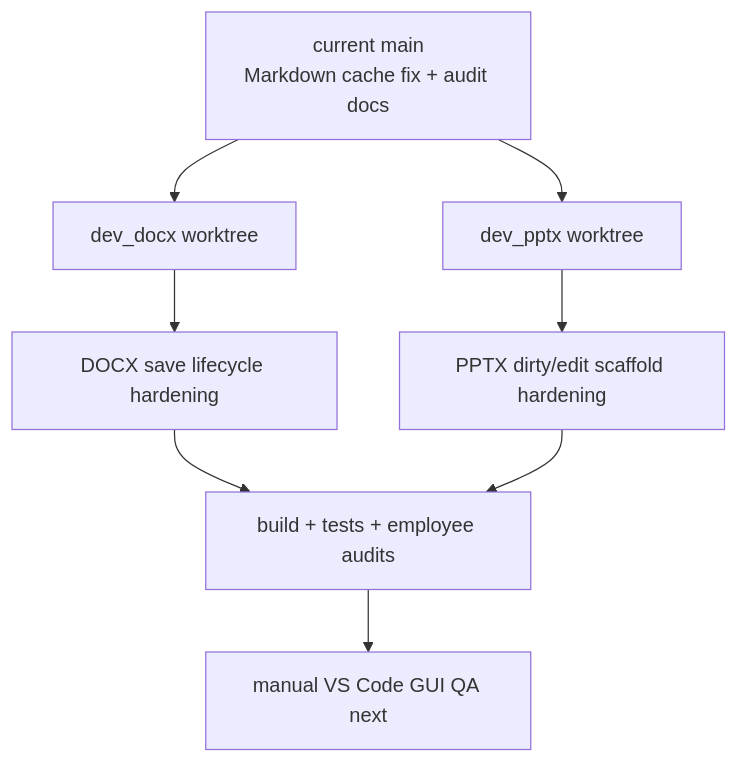
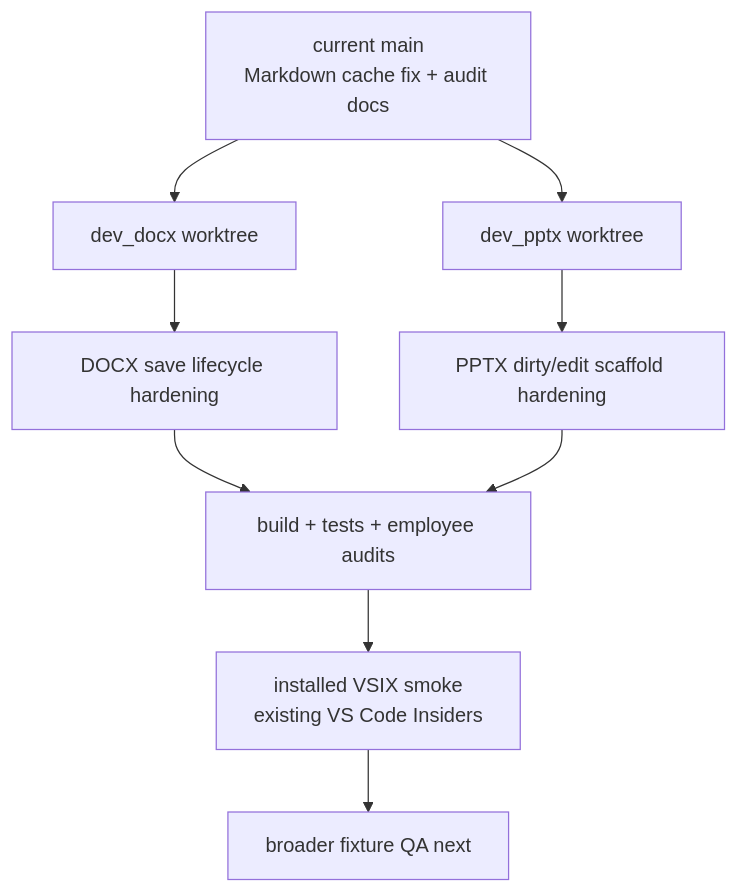
Before and after one commit to lidge-jun/code-office: the diagram in devlog/_plan/260607_docx_pptx_merge_readiness/00_overview.md, drawn with Mermaid. The commit also changed other lines of this file and 4 other files, not shown here.

Commit message:
docs(verification): record installed office smoke closure

````diff
--- a/devlog/_plan/260607_docx_pptx_merge_readiness/00_overview.md
+++ b/devlog/_plan/260607_docx_pptx_merge_readiness/00_overview.md
@@ -48,18 +51,20 @@
 ```mermaid
 flowchart TD
     MAIN[current main<br/>Markdown cache fix + audit docs]
     DOCX[dev_docx worktree]
     PPTX[dev_pptx worktree]
     DOCXFIX[DOCX save lifecycle hardening]
     PPTXFIX[PPTX dirty/edit scaffold hardening]
     VERIFY[build + tests + employee audits]
-    QA[manual VS Code GUI QA next]
+    SMOKE[installed VSIX smoke<br/>existing VS Code Insiders]
+    QA[broader fixture QA next]
 
     MAIN --> DOCX
     MAIN --> PPTX
     DOCX --> DOCXFIX
     PPTX --> PPTXFIX
     DOCXFIX --> VERIFY
     PPTXFIX --> VERIFY
-    VERIFY --> QA
+    VERIFY --> SMOKE
+    SMOKE --> QA
 ```
````
